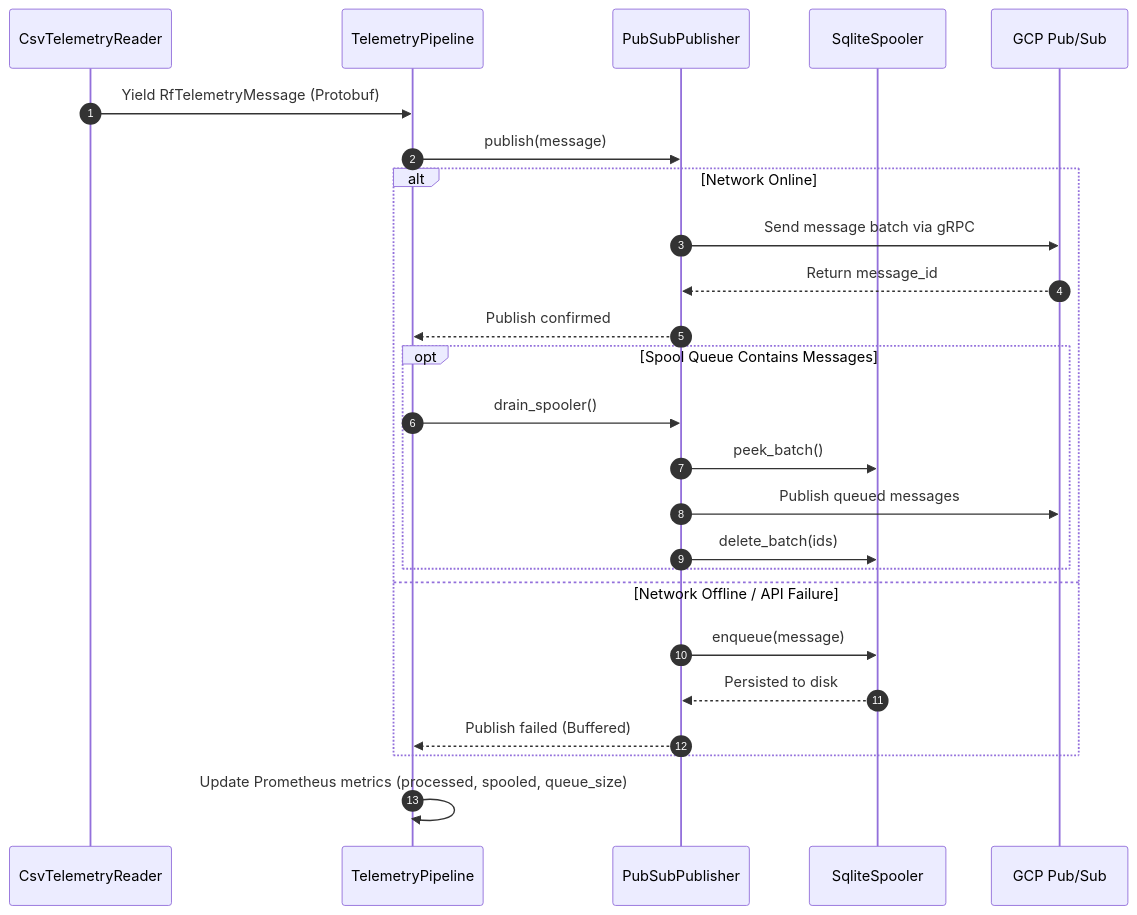
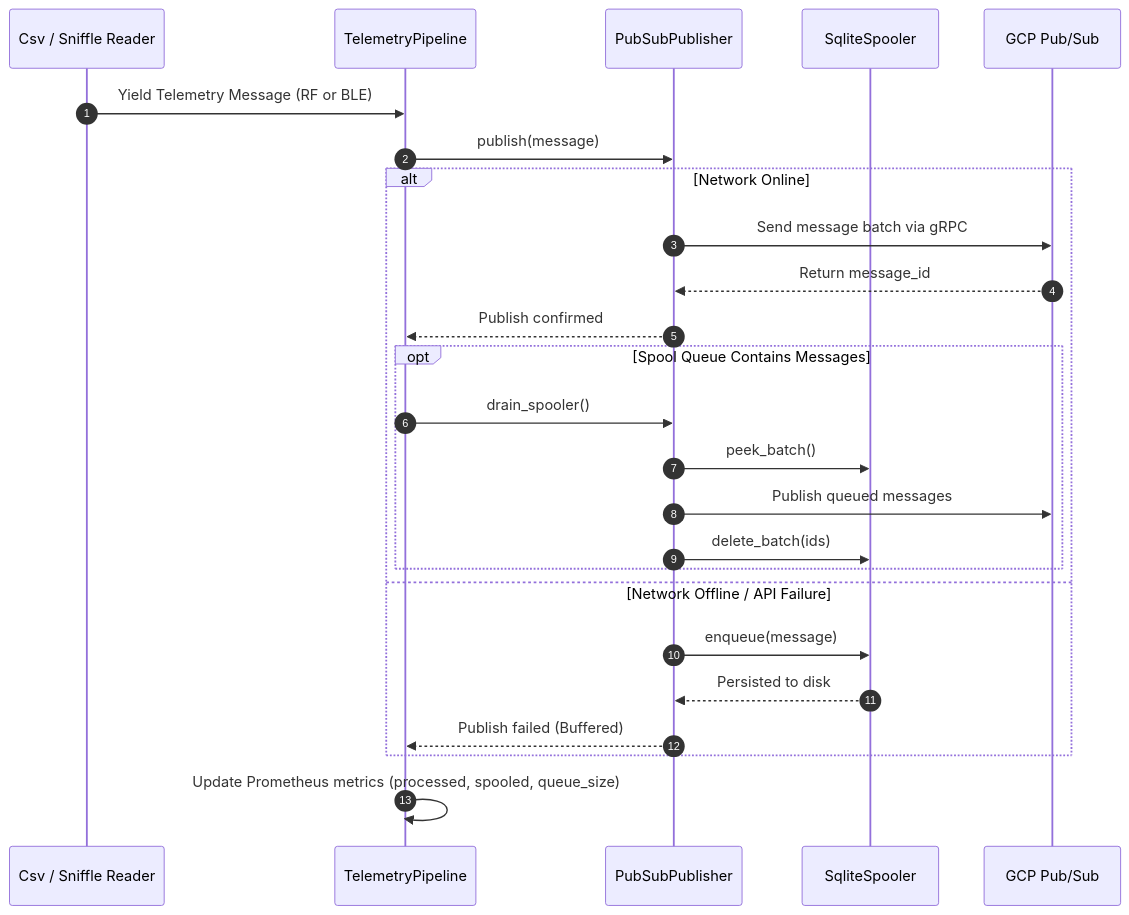
Before and after one commit to ncouture/gcp-rf-telemetry: the second of 3 diagrams in README.md, drawn with Mermaid. The commit also changed other lines of this file and 3 other files, not shown here.

Commit message:
feat(cli): Add Sniffle BLE CLI flags, observability metrics, and documentation

````diff
--- a/README.md
+++ b/README.md
@@ -47,28 +53,28 @@
 ```mermaid
 sequenceDiagram
     autonumber
-    participant Reader as CsvTelemetryReader
+    participant Reader as Csv / Sniffle Reader
     participant Pipeline as TelemetryPipeline
     participant Publisher as PubSubPublisher
     participant Spooler as SqliteSpooler
     participant PubSub as GCP Pub/Sub
 
-    Reader->>Pipeline: Yield RfTelemetryMessage (Protobuf)
+    Reader->>Pipeline: Yield Telemetry Message (RF or BLE)
     Pipeline->>Publisher: publish(message)
     alt Network Online
         Publisher->>PubSub: Send message batch via gRPC
         PubSub-->>Publisher: Return message_id
         Publisher-->>Pipeline: Publish confirmed
         opt Spool Queue Contains Messages
             Pipeline->>Publisher: drain_spooler()
             Publisher->>Spooler: peek_batch()
             Publisher->>PubSub: Publish queued messages
             Publisher->>Spooler: delete_batch(ids)
         end
     else Network Offline / API Failure
         Publisher->>Spooler: enqueue(message)
         Spooler-->>Publisher: Persisted to disk
         Publisher-->>Pipeline: Publish failed (Buffered)
     end
     Pipeline->>Pipeline: Update Prometheus metrics (processed, spooled, queue_size)
 ```
````
